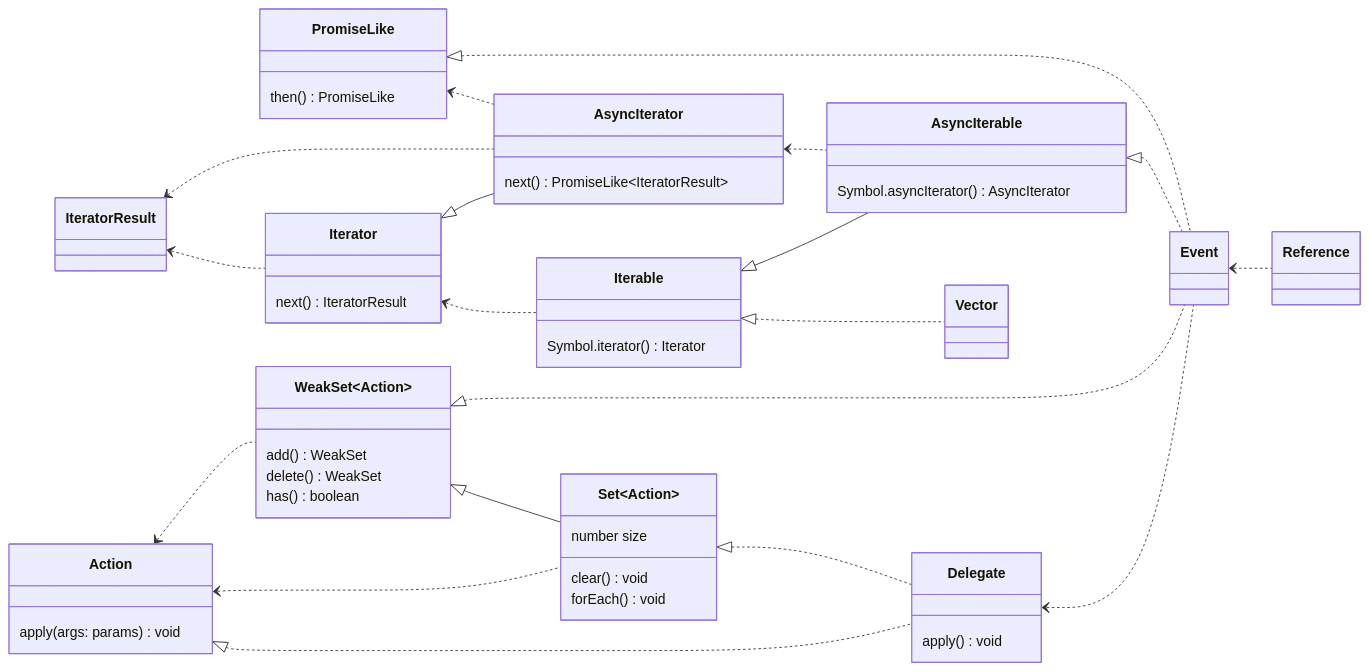
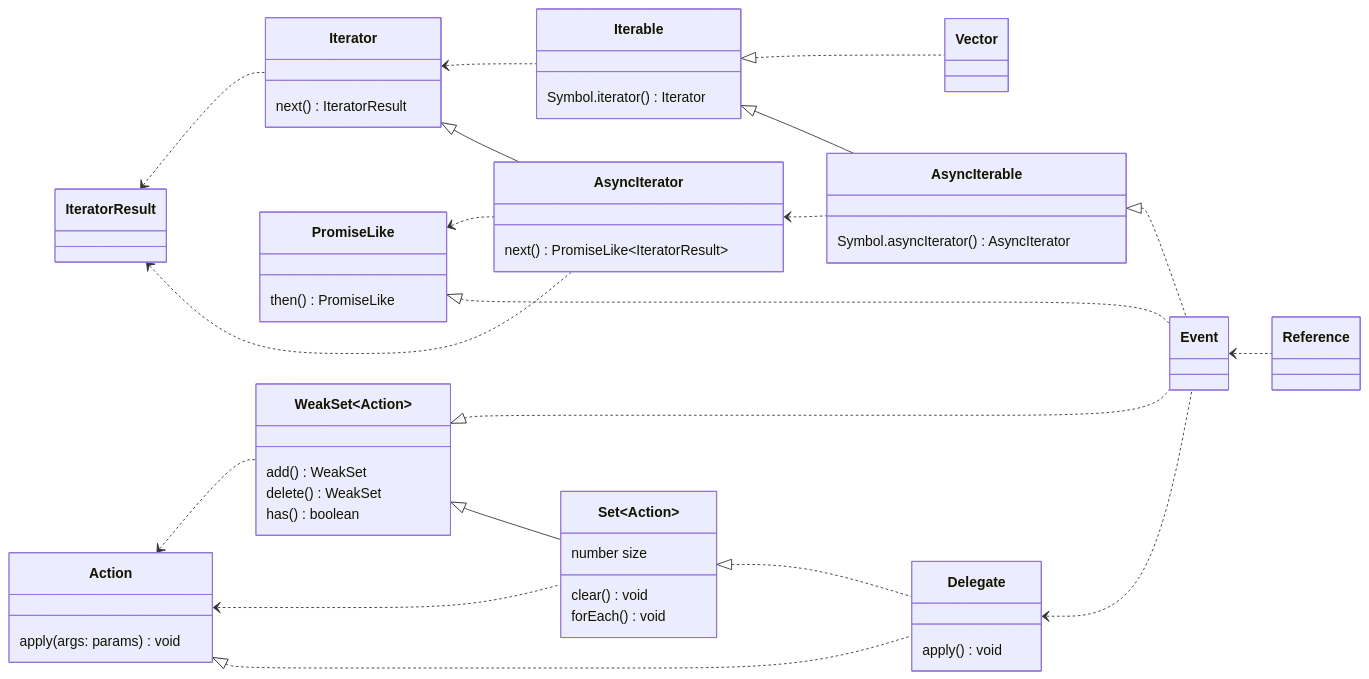
The fourth of 4 diagrams in README.md (domrally/peekeasy), drawn with Mermaid before and after one commit. The commit also changed other lines of this file, not shown here.

````diff
--- a/README.md
+++ b/README.md
@@ -208,58 +208,58 @@
 ```mermaid
 classDiagram
     direction LR
+    Iterable <|.. Vector
+    Iterator <.. Iterable
+    IteratorResult <.. Iterator
+    AsyncIterable <|.. Event
+    Iterable <|-- AsyncIterable
+    AsyncIterator <.. AsyncIterable
+    Iterator <|-- AsyncIterator
+    IteratorResult <.. AsyncIterator
+    PromiseLike <.. AsyncIterator
     PromiseLike <|.. Event
-    PromiseLike <.. AsyncIterator
-    IteratorResult <.. AsyncIterator
-    Iterator <|-- AsyncIterator
-    AsyncIterator <.. AsyncIterable
-    Iterable <|-- AsyncIterable
-    AsyncIterable <|.. Event
-    IteratorResult <.. Iterator
-    Iterator <.. Iterable
-    Iterable <|.. Vector
     WeakSet~Action~ <|.. Event
     Action <.. WeakSet~Action~
     Action <.. Set~Action~
     Action <|.. Delegate
     Set~Action~ <|.. Delegate
     Delegate <.. Event
     Event <.. Reference
     WeakSet~Action~ <|-- Set~Action~
     class AsyncIterable {
         Symbol.asyncIterator() AsyncIterator
     }
     class Iterable {
         Symbol.iterator() Iterator
     }
     class Iterator {
         next() IteratorResult
     }
     class AsyncIterator {
         next() PromiseLike~IteratorResult~
     }
     class PromiseLike {
         then() PromiseLike
     }
     class WeakSet {
         add() WeakSet
         delete() WeakSet
         has() boolean
     }
     class Set {
         number size
         clear() void
         forEach() void
     }
     class Action {
         apply(args: params) void
     }
     class Delegate {
         apply() void
     }
     link Delegate "https://github.com/domrally/peekeasy/blob/main/src/delegate.ts" "delegate.ts"
     class Event
     link Event "https://github.com/domrally/peekeasy/blob/main/src/event.ts" "event.ts"
     class Vector
     link Vector "https://github.com/domrally/peekeasy/blob/main/src/vector.ts" "vector.ts"
 ```
````
